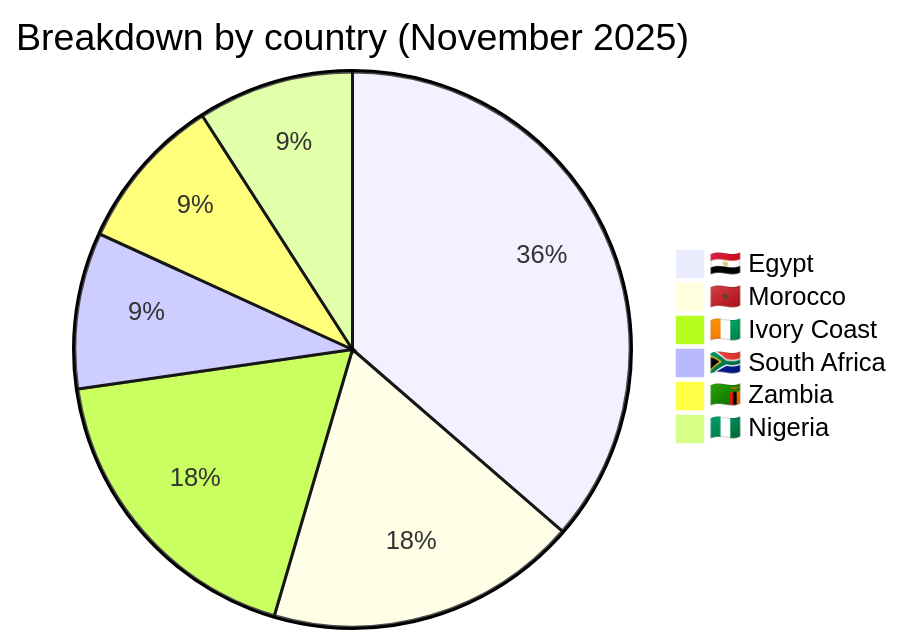
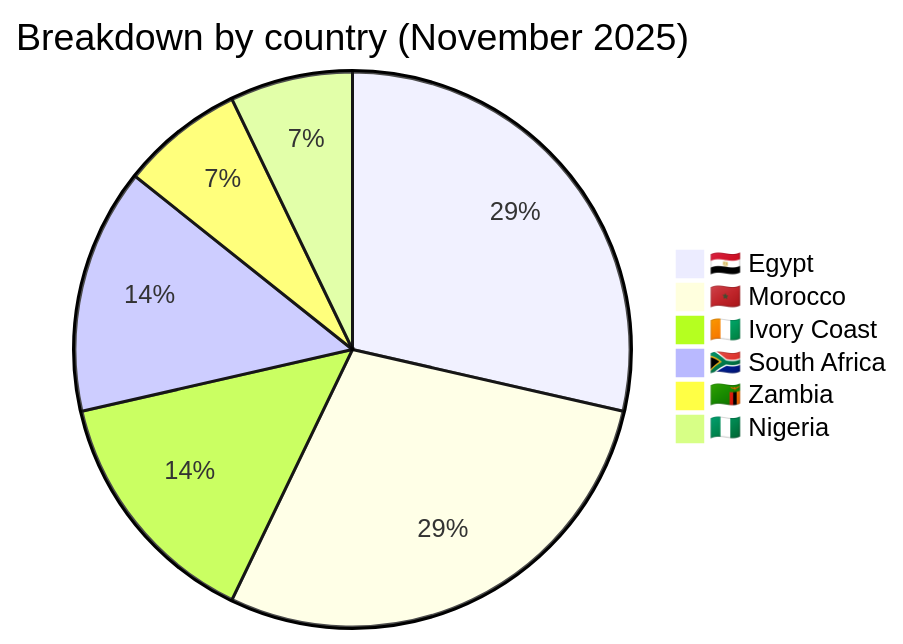
Before and after one commit to Hatchepsoute/AFRINTEL: the third of 4 diagrams in CyberAttackAfrica/2025/11-november/README.md, drawn with Mermaid. The commit also changed other lines of this file and 255 other files, not shown here.

````diff
--- a/CyberAttackAfrica/2025/11-november/README.md
+++ b/CyberAttackAfrica/2025/11-november/README.md
@@ -106,9 +111,9 @@
 ```mermaid
 pie title Breakdown by country (November 2025)
     "🇪🇬 Egypt" : 4
-    "🇲🇦 Morocco" : 2
+    "🇲🇦 Morocco" : 4
     "🇨🇮 Ivory Coast" : 2
-    "🇿🇦 South Africa" : 1
+    "🇿🇦 South Africa" : 2
     "🇿🇲 Zambia" : 1
     "🇳🇬 Nigeria" : 1
 ```
````
